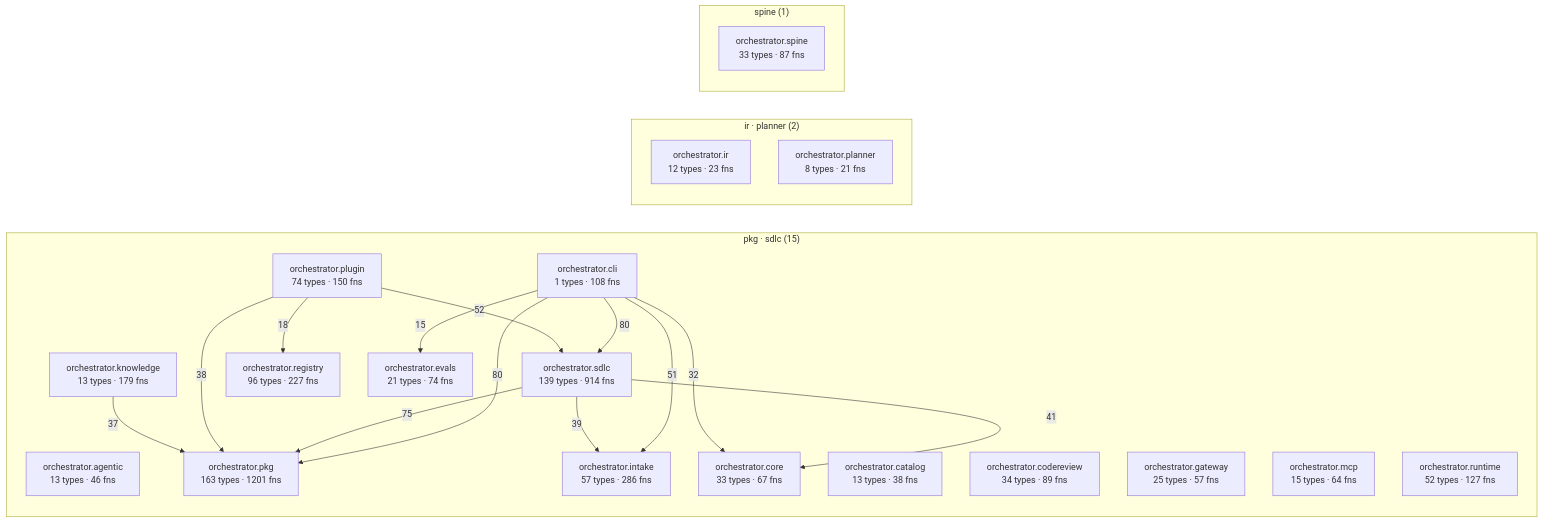
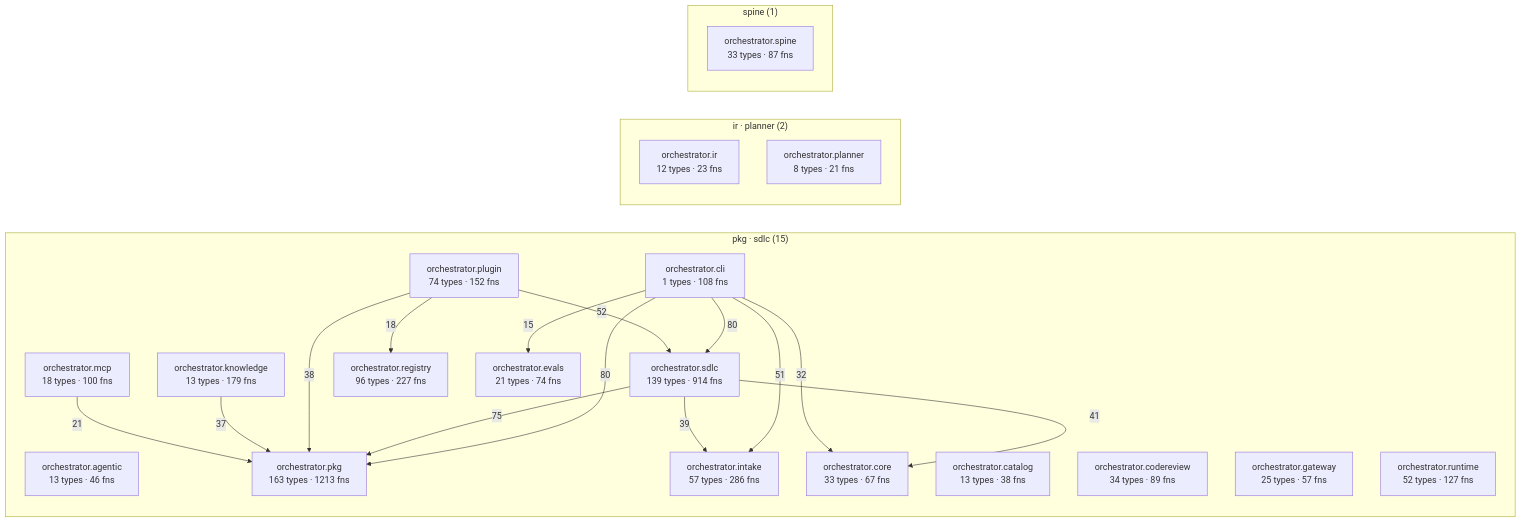
One commit to synaptixs/spine changed the diagram in episteme/architecture.md. Above: the diagram before and after it, drawn with Mermaid. The commit also changed other lines of this file and 24 other files, not shown here.

````diff
--- a/episteme/architecture.md
+++ b/episteme/architecture.md
@@ -55,39 +55,40 @@
 ```mermaid
 flowchart LR
   subgraph c_2["pkg · sdlc (15)"]
     aorchestratoragentic["orchestrator.agentic<br/>13 types · 46 fns"]
     aorchestratorcatalog["orchestrator.catalog<br/>13 types · 38 fns"]
     aorchestratorcli["orchestrator.cli<br/>1 types · 108 fns"]
     aorchestratorcodereview["orchestrator.codereview<br/>34 types · 89 fns"]
     aorchestratorcore["orchestrator.core<br/>33 types · 67 fns"]
     aorchestratorevals["orchestrator.evals<br/>21 types · 74 fns"]
     aorchestratorgateway["orchestrator.gateway<br/>25 types · 57 fns"]
     aorchestratorintake["orchestrator.intake<br/>57 types · 286 fns"]
     aorchestratorknowledge["orchestrator.knowledge<br/>13 types · 179 fns"]
-    aorchestratormcp["orchestrator.mcp<br/>15 types · 64 fns"]
-    aorchestratorpkg["orchestrator.pkg<br/>163 types · 1201 fns"]
-    aorchestratorplugin["orchestrator.plugin<br/>74 types · 150 fns"]
+    aorchestratormcp["orchestrator.mcp<br/>18 types · 100 fns"]
+    aorchestratorpkg["orchestrator.pkg<br/>163 types · 1213 fns"]
+    aorchestratorplugin["orchestrator.plugin<br/>74 types · 152 fns"]
     aorchestratorregistry["orchestrator.registry<br/>96 types · 227 fns"]
     aorchestratorruntime["orchestrator.runtime<br/>52 types · 127 fns"]
     aorchestratorsdlc["orchestrator.sdlc<br/>139 types · 914 fns"]
   end
   subgraph c_5["ir · planner (2)"]
     aorchestratorir["orchestrator.ir<br/>12 types · 23 fns"]
     aorchestratorplanner["orchestrator.planner<br/>8 types · 21 fns"]
   end
   subgraph c_10["spine (1)"]
     aorchestratorspine["orchestrator.spine<br/>33 types · 87 fns"]
   end
   aorchestratorcli -->|80| aorchestratorpkg
   aorchestratorcli -->|80| aorchestratorsdlc
   aorchestratorsdlc -->|75| aorchestratorpkg
   aorchestratorplugin -->|52| aorchestratorsdlc
   aorchestratorcli -->|51| aorchestratorintake
   aorchestratorsdlc -->|41| aorchestratorcore
   aorchestratorsdlc -->|39| aorchestratorintake
   aorchestratorplugin -->|38| aorchestratorpkg
   aorchestratorknowledge -->|37| aorchestratorpkg
   aorchestratorcli -->|32| aorchestratorcore
+  aorchestratormcp -->|21| aorchestratorpkg
   aorchestratorplugin -->|18| aorchestratorregistry
   aorchestratorcli -->|15| aorchestratorevals
 ```
````
